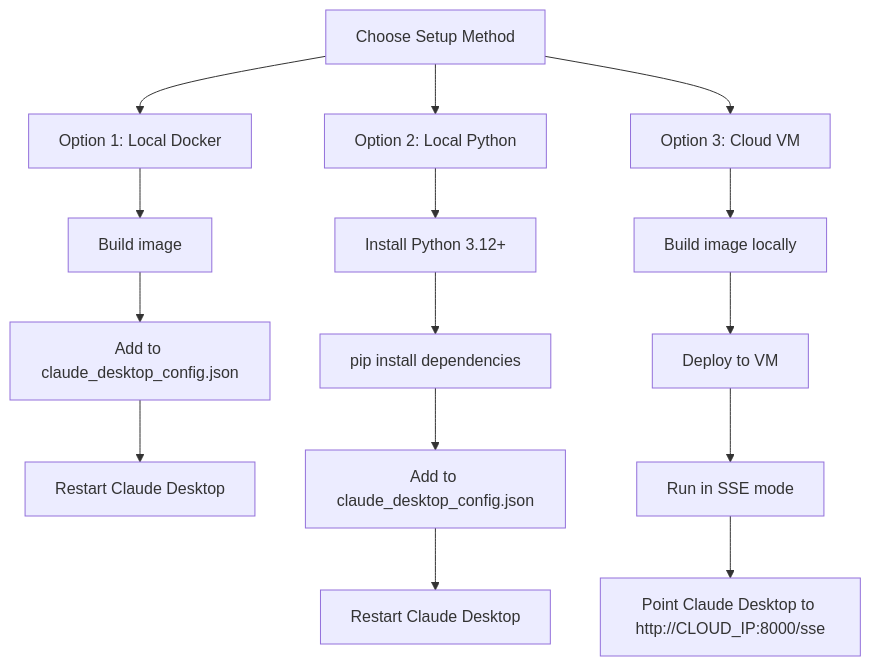
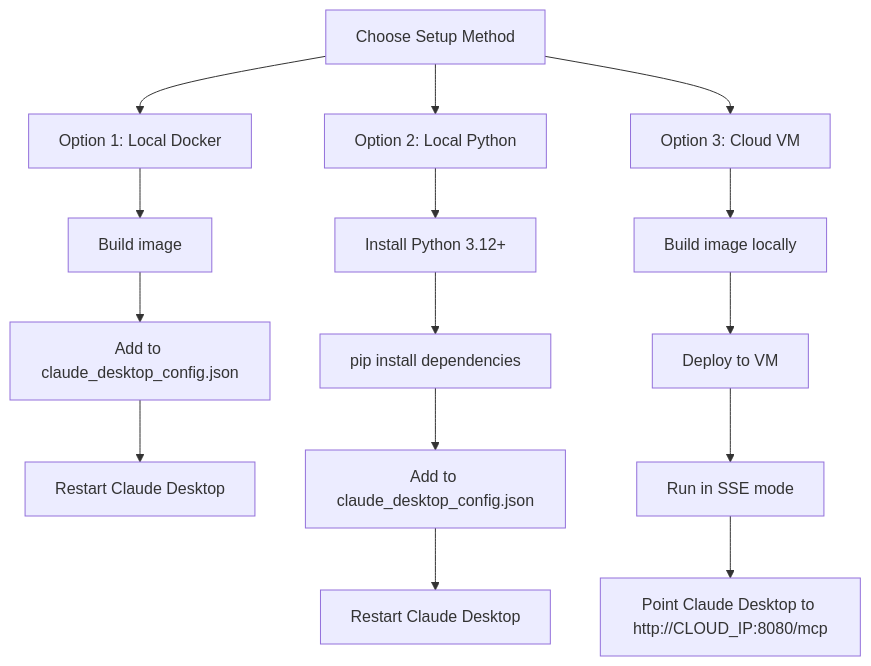
One commit to iportilla/agent-search changed the fourth of 6 diagrams in README.md. Above: the diagram before and after it, drawn with Mermaid. The commit also changed other lines of this file and 2 other files, not shown here.

````diff
--- a/README.md
+++ b/README.md
@@ -59,20 +59,20 @@
 ```mermaid
 graph TD
     Start[Choose Setup Method] --> Docker["Option 1: Local Docker"]
     Start --> Local["Option 2: Local Python"]
     Start --> Cloud["Option 3: Cloud VM"]
 
     Docker --> D1[Build image]
     D1 --> D2[Add to claude_desktop_config.json]
     D2 --> D3[Restart Claude Desktop]
 
     Local --> L1[Install Python 3.12+]
     L1 --> L2[pip install dependencies]
     L2 --> L3[Add to claude_desktop_config.json]
     L3 --> L4[Restart Claude Desktop]
 
     Cloud --> C1[Build image locally]
     C1 --> C2[Deploy to VM]
     C2 --> C3[Run in SSE mode]
-    C3 --> C4["Point Claude Desktop to http://CLOUD_IP:8000/sse"]
+    C3 --> C4["Point Claude Desktop to http://CLOUD_IP:8080/mcp"]
 ```
````
